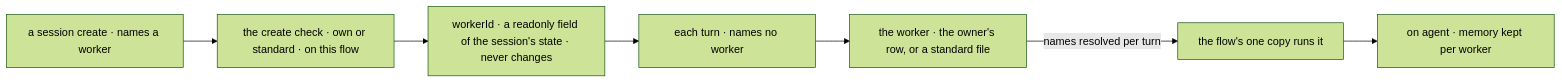
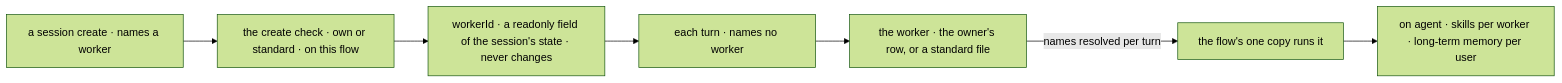
The second of 2 diagrams in specs/issues/FIX-1788/SPEC.md (fixpoint-labs/flow-state-dev), drawn with Mermaid (forest theme) before and after one commit. The commit also changed other lines of this file and 7 other files, not shown here.

````diff
--- a/specs/issues/FIX-1788/SPEC.md
+++ b/specs/issues/FIX-1788/SPEC.md
@@ -86,9 +86,9 @@
 ```mermaid
 flowchart LR
   C["a session create · names a worker"] --> K["the create check · own or standard · on this flow"]
   K --> L["workerId · a readonly field of the session's state · never changes"]
   L --> T["each turn · names no worker"]
   T --> W["the worker · the owner's row, or a standard file"]
   W -->|"names resolved per turn"| R["the flow's one copy runs it"]
-  R --> M["on agent · memory kept per worker"]
+  R --> M["on agent · skills per worker · long-term memory per user"]
 ```
````
